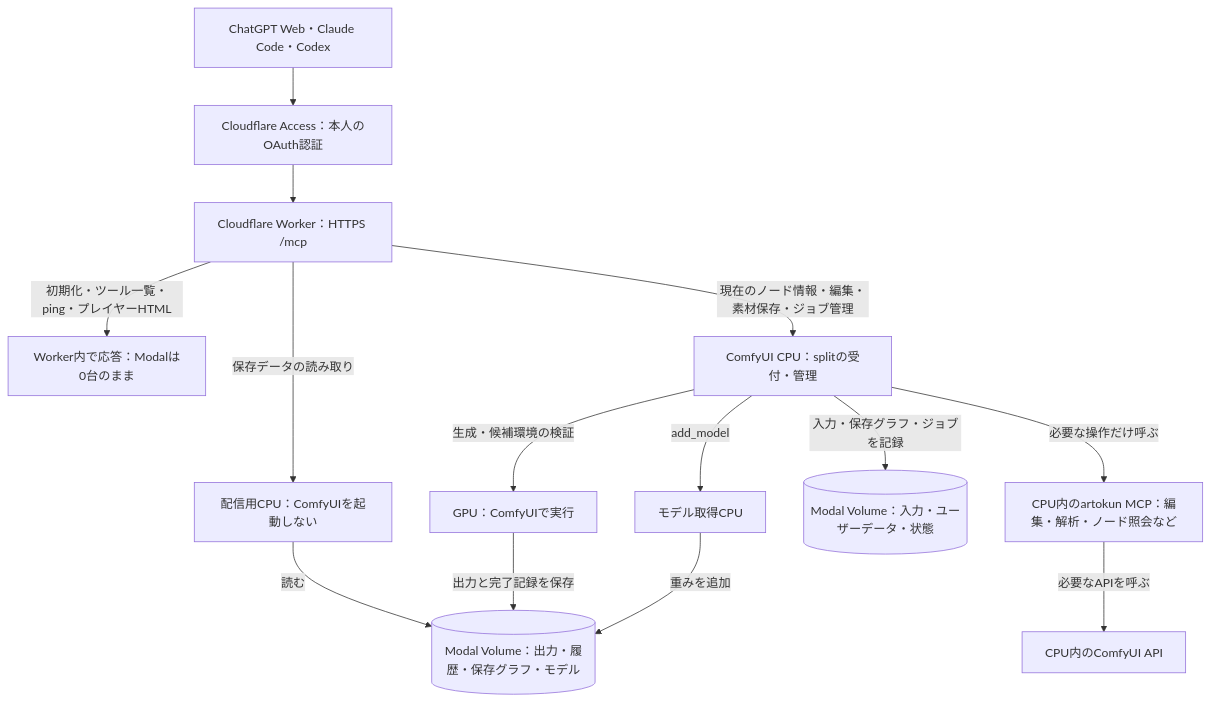
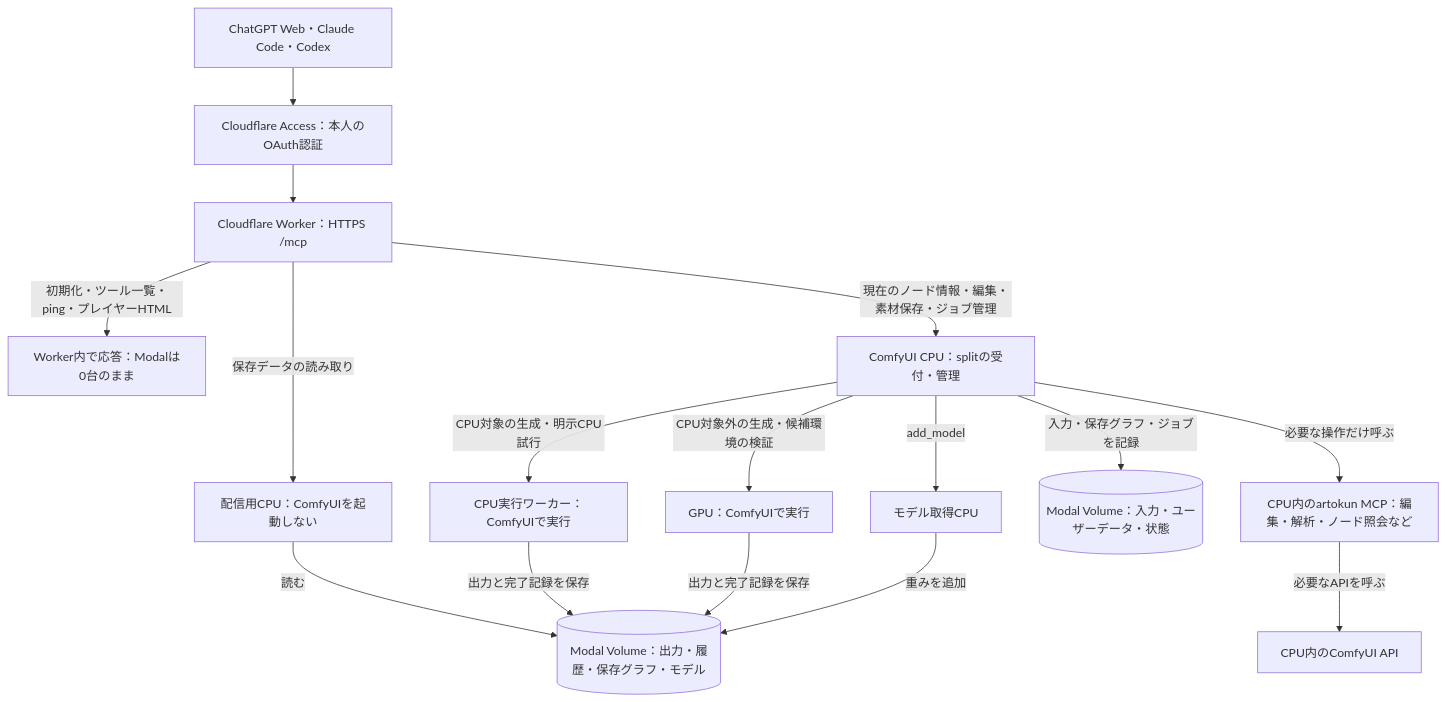
One commit to hndrr/modal-comfyui-deploy changed the first of 4 diagrams in docs/design/split-mcp-routing.md. Above: the diagram before and after it, drawn with Mermaid. The commit also changed other lines of this file and 19 other files, not shown here.

````diff
--- a/docs/design/split-mcp-routing.md
+++ b/docs/design/split-mcp-routing.md
@@ -9,16 +9,18 @@
 ```mermaid
 flowchart TD
   Client["ChatGPT Web・Claude Code・Codex"] --> Auth["Cloudflare Access：本人のOAuth認証"]
   Auth --> Edge["Cloudflare Worker：HTTPS /mcp"]
   Edge -->|"初期化・ツール一覧・ping・プレイヤーHTML"| Reply["Worker内で応答：Modalは0台のまま"]
   Edge -->|"保存データの読み取り"| Read["配信用CPU：ComfyUIを起動しない"]
   Edge -->|"現在のノード情報・編集・素材保存・ジョブ管理"| CPU["ComfyUI CPU：splitの受付・管理"]
   Read -->|"読む"| Store[("Modal Volume：出力・履歴・保存グラフ・モデル")]
   CPU -->|"必要な操作だけ呼ぶ"| Upstream["CPU内のartokun MCP：編集・解析・ノード照会など"]
   Upstream -->|"必要なAPIを呼ぶ"| API["CPU内のComfyUI API"]
-  CPU -->|"生成・候補環境の検証"| GPU["GPU：ComfyUIで実行"]
+  CPU -->|"CPU対象の生成・明示CPU試行"| RunCPU["CPU実行ワーカー：ComfyUIで実行"]
+  RunCPU -->|"出力と完了記録を保存"| Store
+  CPU -->|"CPU対象外の生成・候補環境の検証"| GPU["GPU：ComfyUIで実行"]
   GPU -->|"出力と完了記録を保存"| Store
   CPU -->|"入力・保存グラフ・ジョブを記録"| Working[("Modal Volume：入力・ユーザーデータ・状態")]
   CPU -->|"add_model"| Download["モデル取得CPU"]
   Download -->|"重みを追加"| Store
 ```
````
